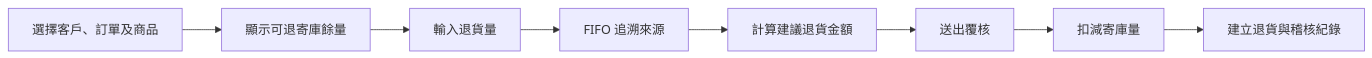
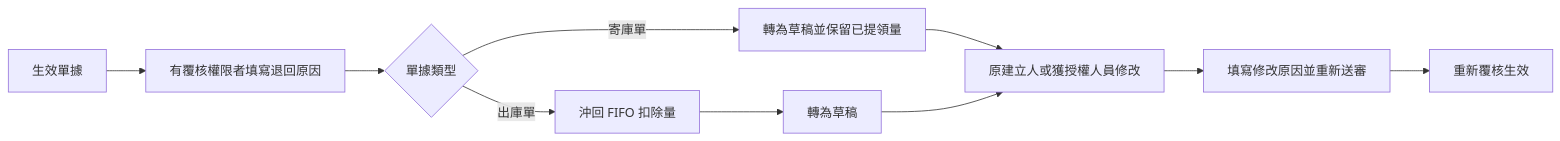
One commit to ktlin318/InventoryHub changed the third of 7 diagrams in README.md. Above: the diagram before and after it, drawn with Mermaid. The commit also changed other lines of this file and 3 other files, not shown here.

````diff
--- a/README.md
+++ b/README.md
@@ -120,10 +112,12 @@
 ```mermaid
 flowchart LR
-    A[選擇客戶、訂單及商品] --> B[顯示可退寄庫餘量]
-    B --> C[輸入退貨量]
-    C --> D[FIFO 追溯來源]
-    D --> E[計算建議退貨金額]
-    E --> F[送出覆核]
-    F --> G[扣減寄庫量]
-    G --> H[建立退貨與稽核紀錄]
+    A[生效單據] --> B[有覆核權限者填寫退回原因]
+    B --> C{單據類型}
+    C -->|寄庫單| D[轉為草稿並保留已提領量]
+    C -->|出庫單| E[沖回 FIFO 扣除量]
+    E --> F[轉為草稿]
+    D --> G[原建立人或獲授權人員修改]
+    F --> G
+    G --> H[填寫修改原因並重新送審]
+    H --> I[重新覆核生效]
 ```
````
